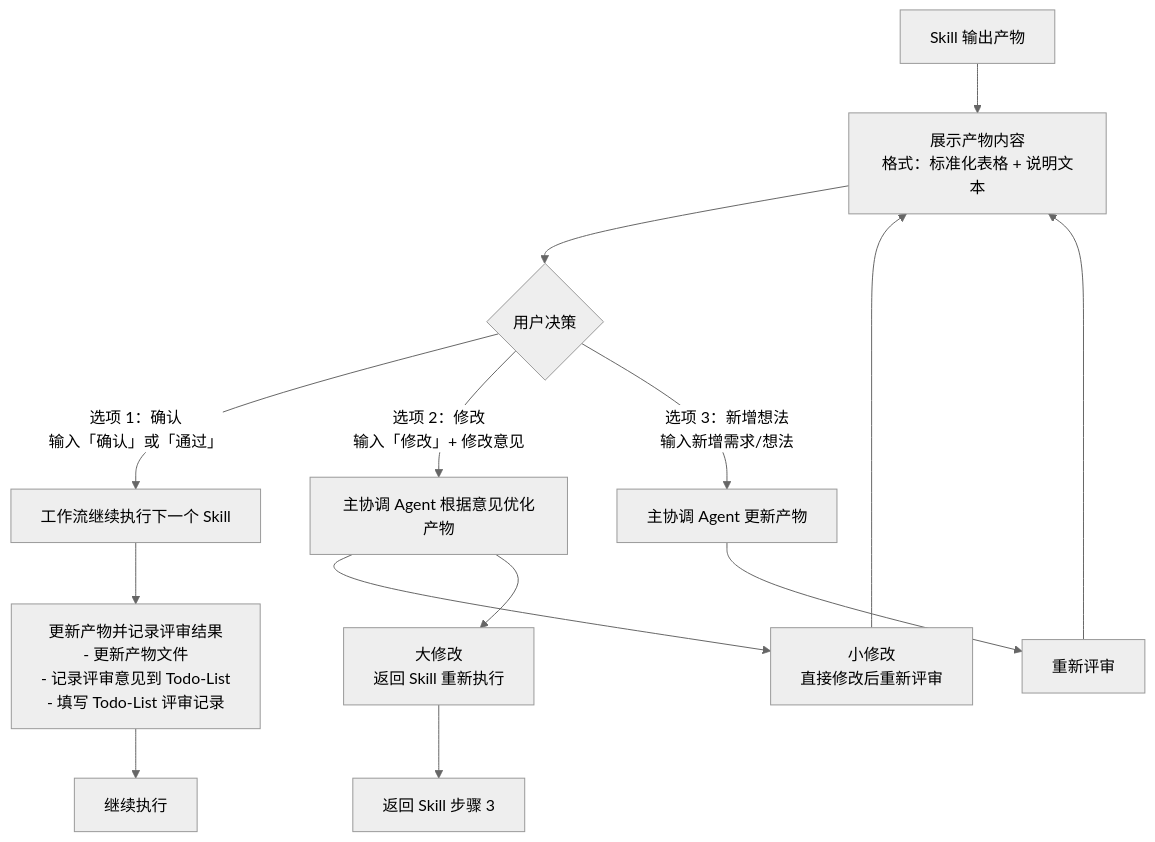
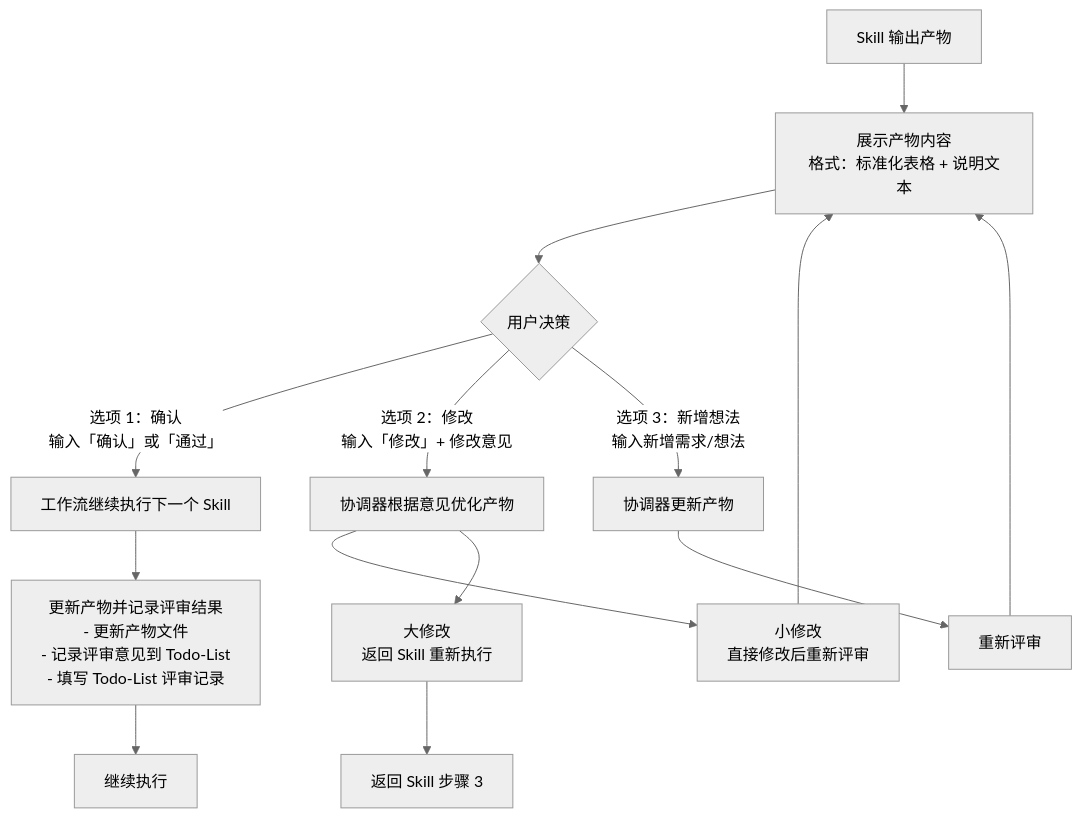
The fourth of 4 diagrams in WORKFLOW.md (HeartFlying/swf), drawn with Mermaid (neutral theme) before and after one commit. The commit also changed other lines of this file and 4 other files, not shown here.

````diff
--- a/WORKFLOW.md
+++ b/WORKFLOW.md
@@ -108,24 +302,24 @@
 ```mermaid
 flowchart TD
     StartReview[Skill 输出产物] --> ShowProduct[展示产物内容<br/>格式：标准化表格 + 说明文本]
-    
+
     ShowProduct --> UserDecision{用户决策}
-    
-    UserDecision -->|选项 1：确认<br/>输入「确认」或「通过」 | NextSkill[工作流继续执行下一个 Skill]
-    
-    UserDecision -->|选项 2：修改<br/>输入「修改」+ 修改意见 | OptimizeProduct[主协调 Agent 根据意见优化产物]
-    
+
+    UserDecision -->|选项 1：确认<br/>输入「确认」或「通过」| NextSkill[工作流继续执行下一个 Skill]
+
+    UserDecision -->|选项 2：修改<br/>输入「修改」+ 修改意见| OptimizeProduct[协调器根据意见优化产物]
+
     OptimizeProduct --> SmallChange[小修改<br/>直接修改后重新评审]
     SmallChange --> ShowProduct
-    
+
     OptimizeProduct --> BigChange[大修改<br/>返回 Skill 重新执行]
     BigChange --> ReExecuteSkill[返回 Skill 步骤 3]
-    
-    UserDecision -->|选项 3：新增想法<br/>输入新增需求/想法 | UpdateProduct[主协调 Agent 更新产物]
+
+    UserDecision -->|选项 3：新增想法<br/>输入新增需求/想法| UpdateProduct[协调器更新产物]
     UpdateProduct --> ReReview[重新评审]
     ReReview --> ShowProduct
-    
+
     NextSkill --> UpdateRecord[更新产物并记录评审结果<br/>- 更新产物文件<br/>- 记录评审意见到 Todo-List<br/>- 填写 Todo-List 评审记录]
-    
+
     UpdateRecord --> Continue[继续执行]
 ```
````
